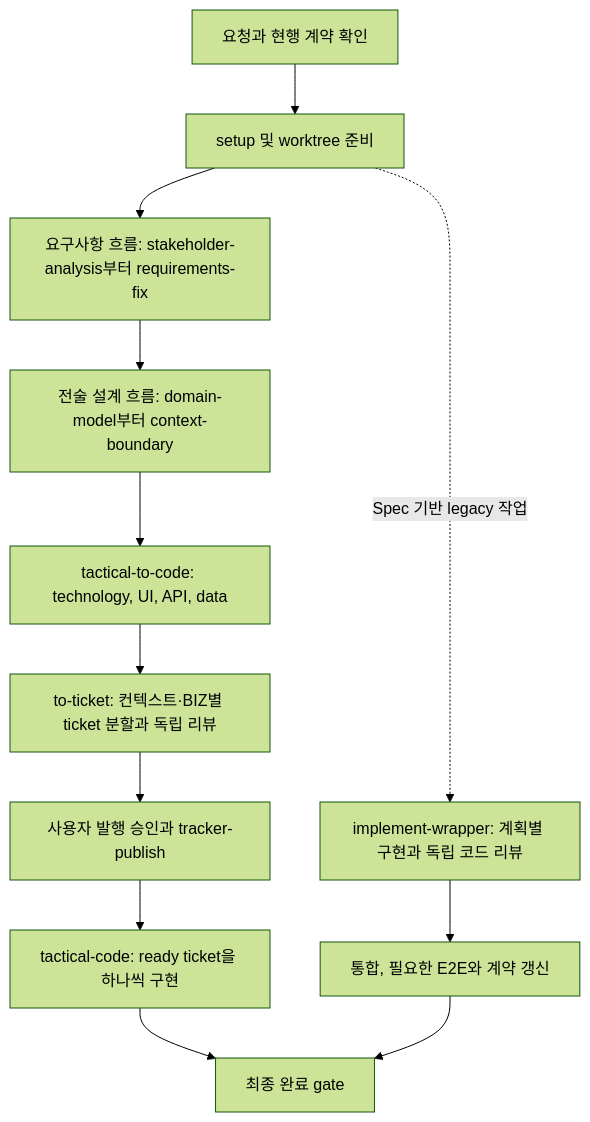
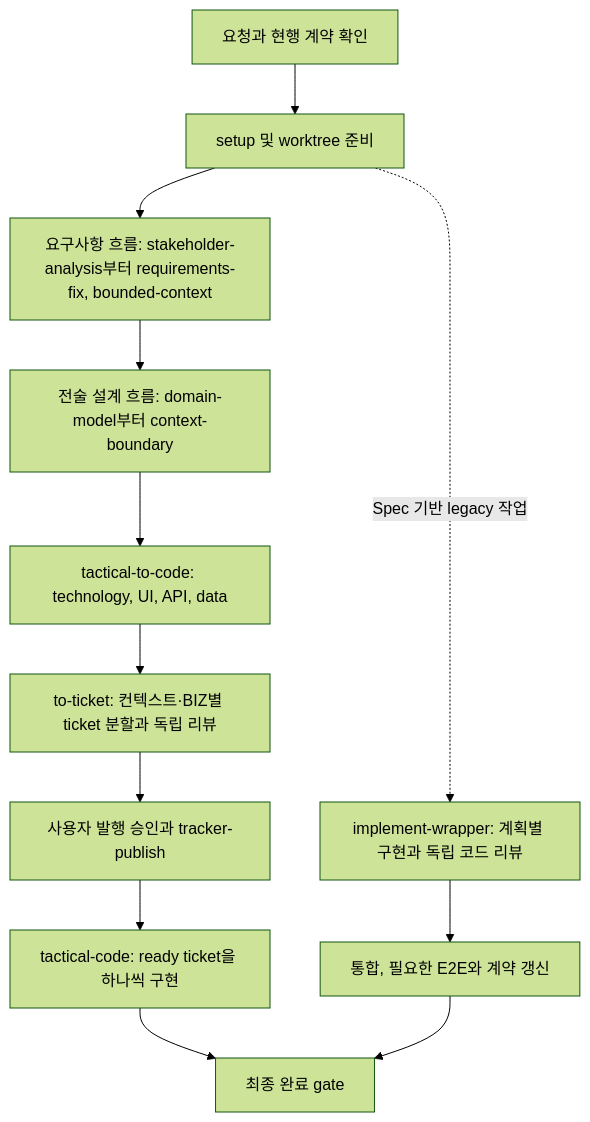
Before and after one commit to omegafrog/harness-codex: the diagram in docs/architecture/workflow-lifecycle.md, drawn with Mermaid (forest theme). The commit also changed 21 other files, not shown here.

First line of the commit message:
Run requirements-fix before bounded-context

````diff
--- a/docs/architecture/workflow-lifecycle.md
+++ b/docs/architecture/workflow-lifecycle.md
@@ -5,14 +5,14 @@
 ```mermaid
 flowchart TD
   A[요청과 현행 계약 확인] --> B[setup 및 worktree 준비]
-  B --> C[요구사항 흐름: stakeholder-analysis부터 requirements-fix]
+  B --> C[요구사항 흐름: stakeholder-analysis부터 requirements-fix, bounded-context]
   C --> D[전술 설계 흐름: domain-model부터 context-boundary]
   D --> E1[tactical-to-code: technology, UI, API, data]
   E1 --> F[to-ticket: 컨텍스트·BIZ별 ticket 분할과 독립 리뷰]
   F --> G[사용자 발행 승인과 tracker-publish]
   G --> H[tactical-code: ready ticket을 하나씩 구현]
   H --> M[최종 완료 gate]
   B -. Spec 기반 legacy 작업 .-> K[implement-wrapper: 계획별 구현과 독립 코드 리뷰]
   K --> L[통합, 필요한 E2E와 계약 갱신]
   L --> M
 ```
````
